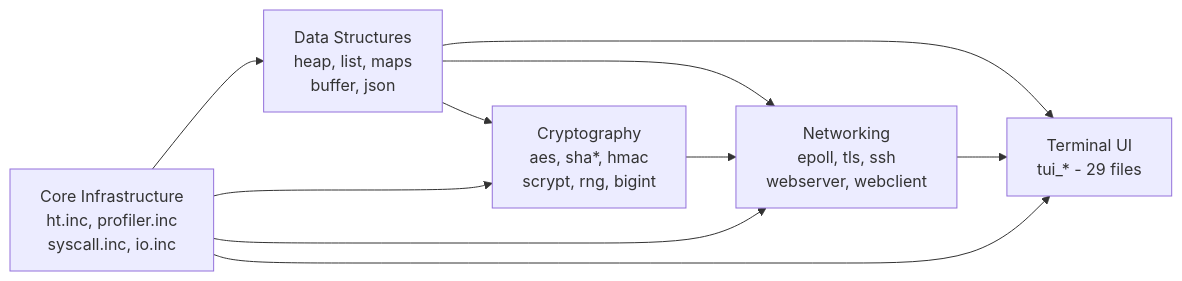
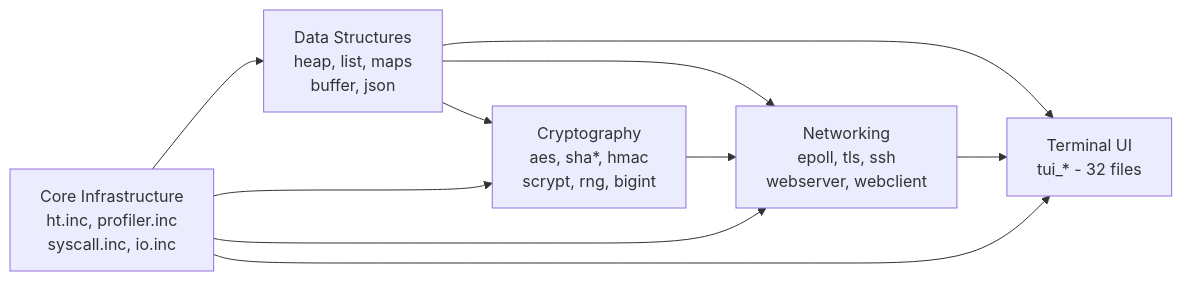
One commit to blitzy-public-samples/Blitzy-HeavyThing changed the second of 3 diagrams in docs/architecture.md. Above: the diagram before and after it, drawn with Mermaid. The commit also changed other lines of this file and 2 other files, not shown here.

````diff
--- a/docs/architecture.md
+++ b/docs/architecture.md
@@ -139,18 +139,18 @@
 ```mermaid
 graph LR
     Core[Core Infrastructure<br/>ht.inc, profiler.inc<br/>syscall.inc, io.inc]
     DS[Data Structures<br/>heap, list, maps<br/>buffer, json]
     Crypto[Cryptography<br/>aes, sha*, hmac<br/>scrypt, rng, bigint]
     Net[Networking<br/>epoll, tls, ssh<br/>webserver, webclient]
-    TUI[Terminal UI<br/>tui_* - 29 files]
+    TUI[Terminal UI<br/>tui_* - 32 files]
 
     Core --> DS
     DS --> Crypto
     DS --> Net
     DS --> TUI
     Crypto --> Net
     Net --> TUI
     Core --> Net
     Core --> TUI
     Core --> Crypto
 ```
````
